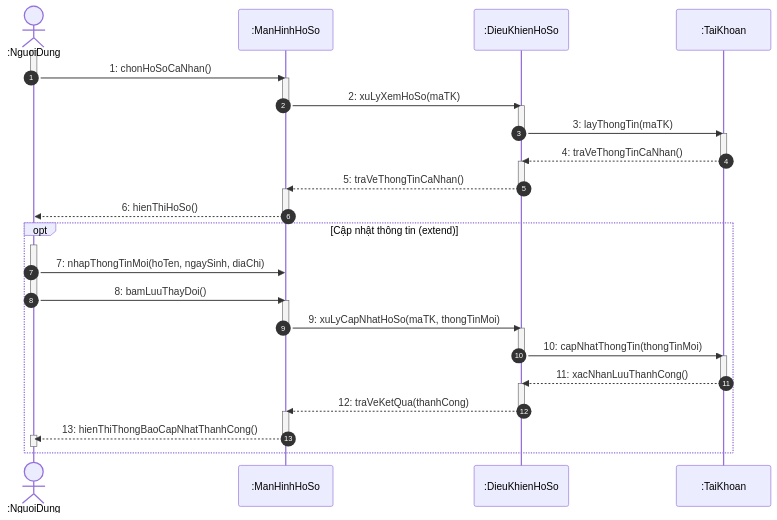
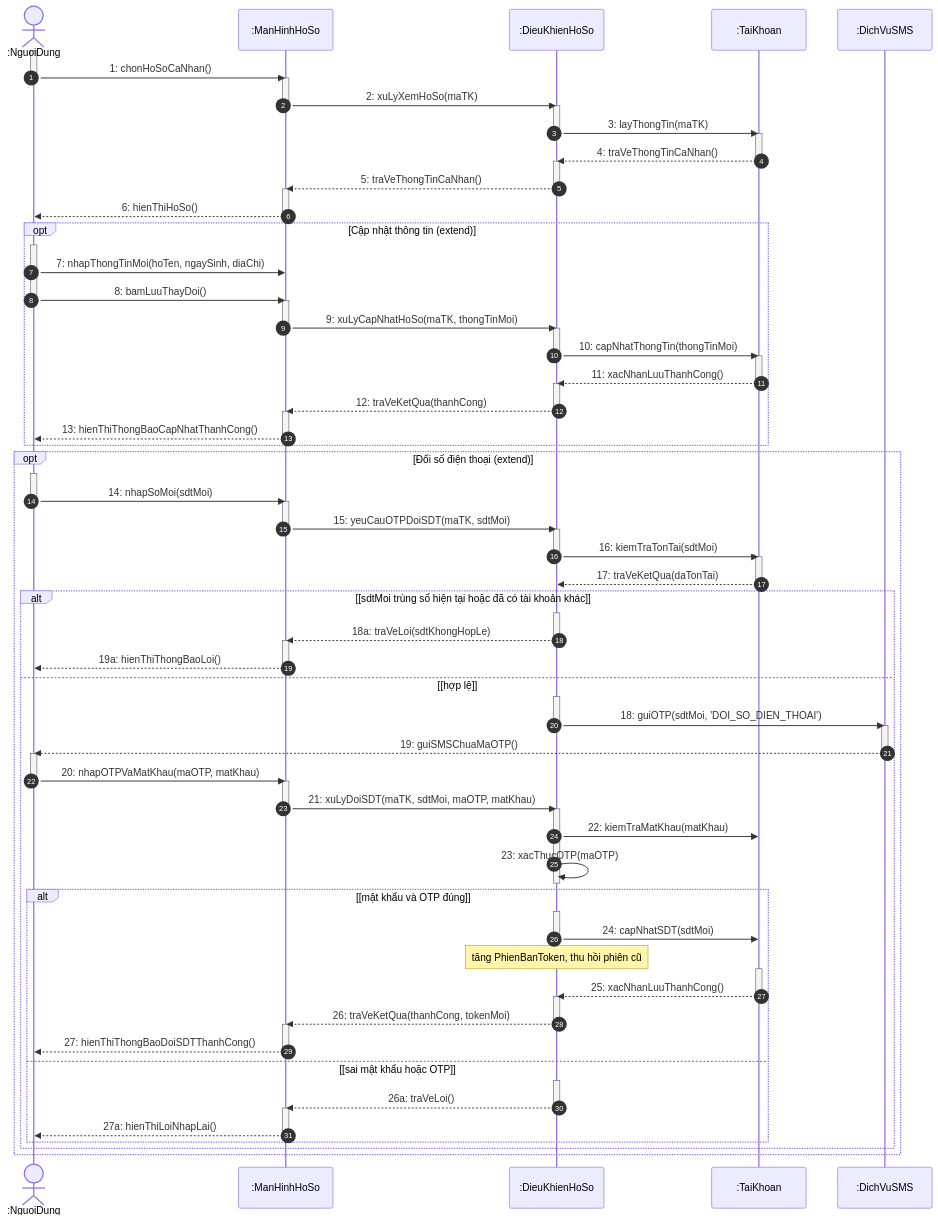
Diagram 13 of 22 in docs/sequence/Sequence_diagram.md (Longcodepro/Project_OOAD_HK1_2026-2027), drawn with Mermaid before and after one commit. The commit also changed other lines of this file and 4 other files, not shown here.

````diff
--- a/docs/sequence/Sequence_diagram.md
+++ b/docs/sequence/Sequence_diagram.md
@@ -909,12 +1146,12 @@
 ```mermaid
 sequenceDiagram
     autonumber
-    actor ND as :NguoiDung
-    participant MH as :ManHinhHoSo
-    participant DK as :DieuKhienHoSo
-    participant TK as :TaiKhoan
+    actor ND     as :NguoiDung
+    participant MH     as :ManHinhHoSo
+    participant DK     as :DieuKhienHoSo
+    participant TK     as :TaiKhoan
+    participant SMS    as :DichVuSMS
 
-    %% Luồng 1: Xem hồ sơ cá nhân
     activate ND
     ND ->> MH: 1: chonHoSoCaNhan()
     deactivate ND
@@ -933,11 +1170,11 @@
     activate MH
     MH -->> ND: 6: hienThiHoSo()
     deactivate MH
-
-    %% Luồng 2: Cập nhật thông tin
     opt Cập nhật thông tin (extend)
         activate ND
         ND ->> MH: 7: nhapThongTinMoi(hoTen, ngaySinh, diaChi)
+        deactivate ND
+        activate ND
         ND ->> MH: 8: bamLuuThayDoi()
         deactivate ND
         activate MH
@@ -955,7 +1192,68 @@
         activate MH
         MH -->> ND: 13: hienThiThongBaoCapNhatThanhCong()
         deactivate MH
+    end
+    opt Đổi số điện thoại (extend)
         activate ND
+        ND ->> MH: 14: nhapSoMoi(sdtMoi)
         deactivate ND
+        activate MH
+        MH ->> DK: 15: yeuCauOTPDoiSDT(maTK, sdtMoi)
+        deactivate MH
+        activate DK
+        DK ->> TK: 16: kiemTraTonTai(sdtMoi)
+        deactivate DK
+        activate TK
+        TK -->> DK: 17: traVeKetQua(daTonTai)
+        deactivate TK
+        alt [sdtMoi trùng số hiện tại hoặc đã có tài khoản khác]
+            activate DK
+            DK -->> MH: 18a: traVeLoi(sdtKhongHopLe)
+            deactivate DK
+            activate MH
+            MH -->> ND: 19a: hienThiThongBaoLoi()
+            deactivate MH
+        else [hợp lệ]
+            activate DK
+            DK ->> SMS: 18: guiOTP(sdtMoi, 'DOI_SO_DIEN_THOAI')
+            deactivate DK
+            activate SMS
+            SMS -->> ND: 19: guiSMSChuaMaOTP()
+            deactivate SMS
+            activate ND
+            ND ->> MH: 20: nhapOTPVaMatKhau(maOTP, matKhau)
+            deactivate ND
+            activate MH
+            MH ->> DK: 21: xuLyDoiSDT(maTK, sdtMoi, maOTP, matKhau)
+            deactivate MH
+            activate DK
+            DK ->> TK: 22: kiemTraMatKhau(matKhau)
+            deactivate DK
+            activate DK
+            DK ->> DK: 23: xacThucOTP(maOTP)
+            deactivate DK
+            alt [mật khẩu và OTP đúng]
+                activate DK
+                DK ->> TK: 24: capNhatSDT(sdtMoi)
+                deactivate DK
+                Note over DK: tăng PhienBanToken, thu hồi phiên cũ
+                activate TK
+                TK -->> DK: 25: xacNhanLuuThanhCong()
+                deactivate TK
+                activate DK
+                DK -->> MH: 26: traVeKetQua(thanhCong, tokenMoi)
+                deactivate DK
+                activate MH
+                MH -->> ND: 27: hienThiThongBaoDoiSDTThanhCong()
+                deactivate MH
+            else [sai mật khẩu hoặc OTP]
+                activate DK
+                DK -->> MH: 26a: traVeLoi()
+                deactivate DK
+                activate MH
+                MH -->> ND: 27a: hienThiLoiNhapLai()
+                deactivate MH
+            end
+        end
     end
 ```
````
